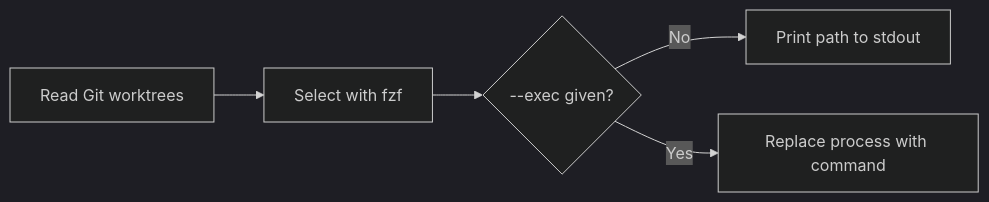
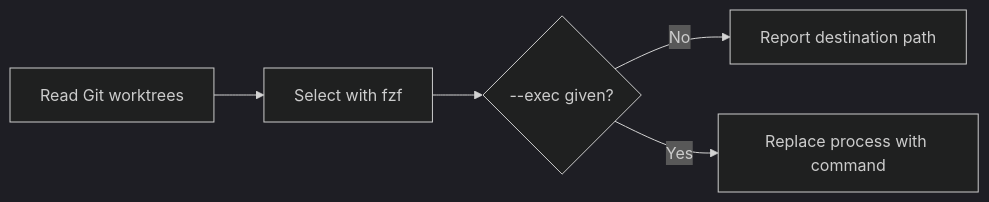
One commit to shoutcape/TreeMan changed the third of 4 diagrams in docs/architecture/lifecycles.md. Above: the diagram before and after it, drawn with Mermaid (dark theme). The commit also changed other lines of this file and 23 other files, not shown here.

````diff
--- a/docs/architecture/lifecycles.md
+++ b/docs/architecture/lifecycles.md
@@ -43,7 +43,7 @@
 ```mermaid
 flowchart LR
     A[Read Git worktrees] --> B[Select with fzf]
     B --> C{--exec given?}
-    C -->|No| D[Print path to stdout]
+    C -->|No| D[Report destination path]
     C -->|Yes| E[Replace process with command]
 ```
````
